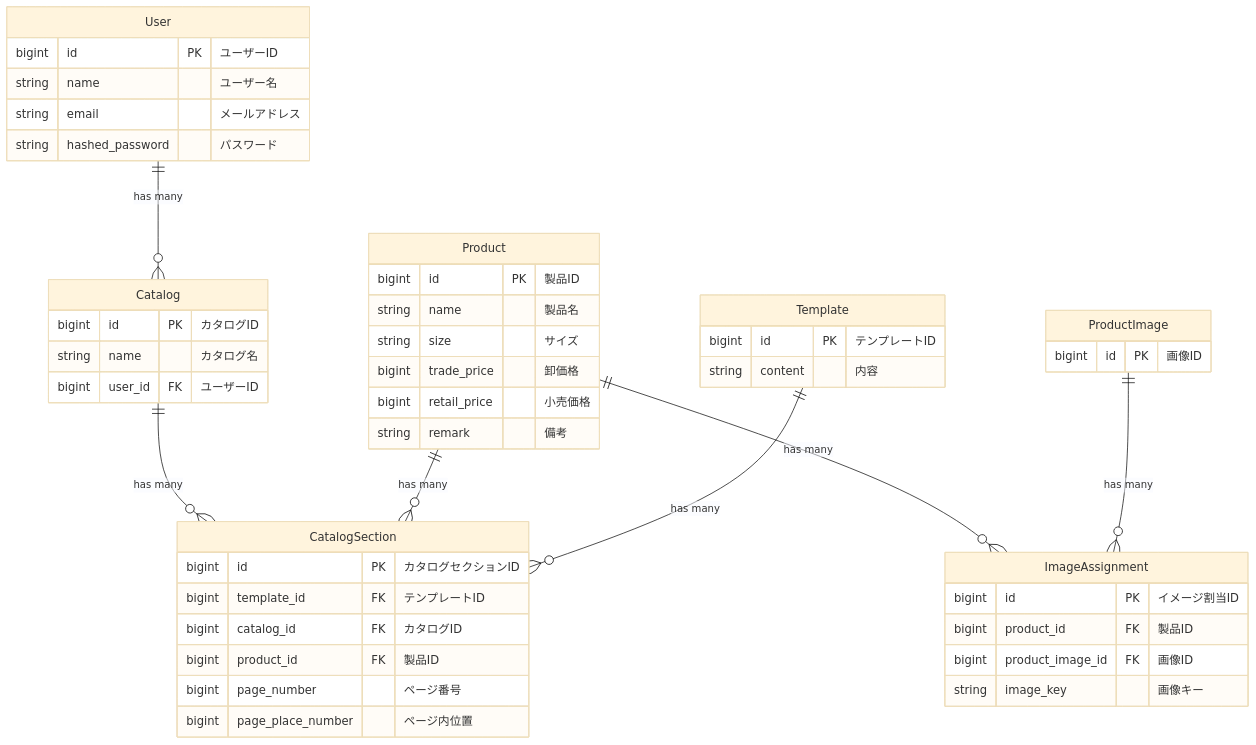
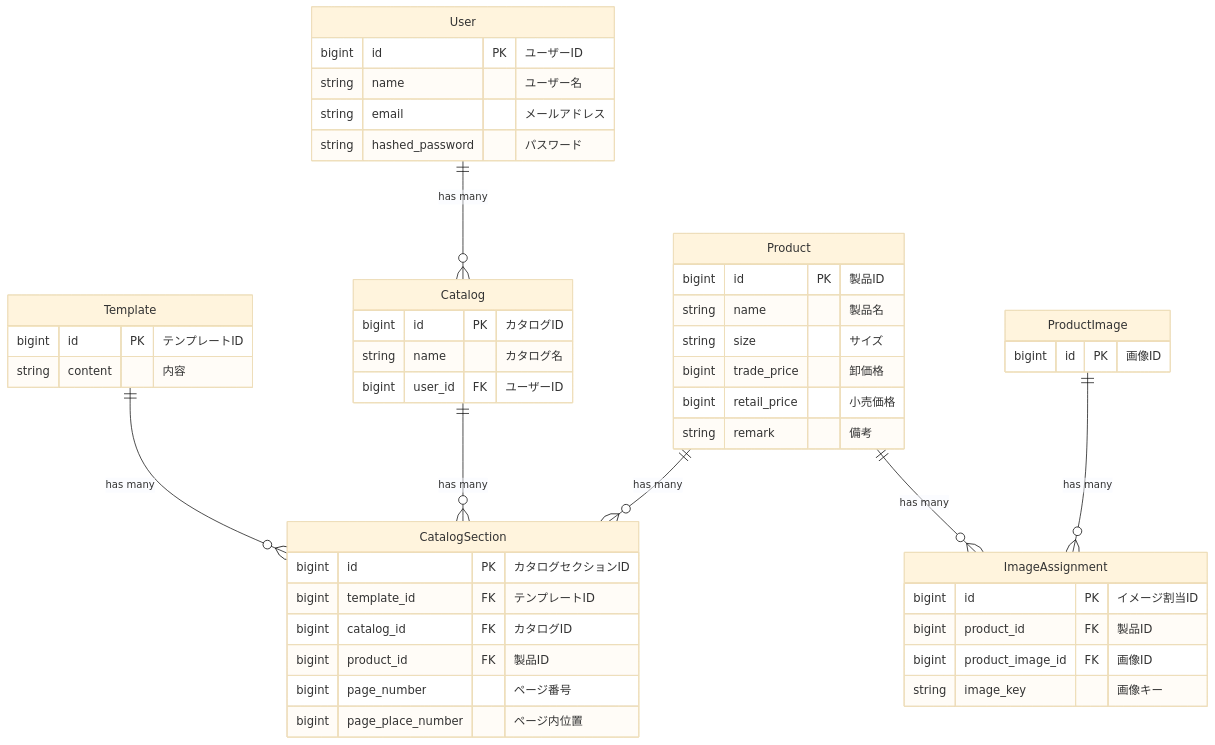
Before and after one commit to setodeve/CatalogEasy-backend: the diagram in documents/design/er.md, drawn with Mermaid (base theme). The commit also changed other lines of this file, not shown here.

Commit message:
feat: change er

````diff
--- a/documents/design/er.md
+++ b/documents/design/er.md
@@ -1,57 +1,57 @@
 ```mermaid
 erDiagram
     User ||--o{ Catalog : "has many"
+    Template ||--o{ CatalogSection : "has many"
     Catalog ||--o{ CatalogSection : "has many"
     Product ||--o{ CatalogSection : "has many"
-    Template ||--o{ CatalogSection : "has many"
     Product ||--o{ ImageAssignment : "has many"
     ProductImage ||--o{ ImageAssignment : "has many"
     
     User {
         bigint id PK "ユーザーID"
         string name "ユーザー名"
         string email "メールアドレス"
         string hashed_password "パスワード"
     }
     
     Catalog {
         bigint id PK "カタログID"
         string name "カタログ名"
         bigint user_id FK "ユーザーID"
     }
     
     Product {
         bigint id PK "製品ID"
         string name "製品名"
         string size "サイズ"
         bigint trade_price "卸価格"
         bigint retail_price "小売価格"
         string remark "備考"
     }
     
     ProductImage {
         bigint id PK "画像ID"
     }
     
     Template {
         bigint id PK "テンプレートID"
         string content "内容"
     }
     
     CatalogSection {
         bigint id PK "カタログセクションID"
         bigint template_id FK "テンプレートID"
         bigint catalog_id FK "カタログID"
         bigint product_id FK "製品ID"
         bigint page_number "ページ番号"
         bigint page_place_number "ページ内位置"
     }
     
     ImageAssignment {
         bigint id PK "イメージ割当ID"
         bigint product_id FK "製品ID"
         bigint product_image_id FK "画像ID"
         string image_key "画像キー"
     }
 
 ```
````
